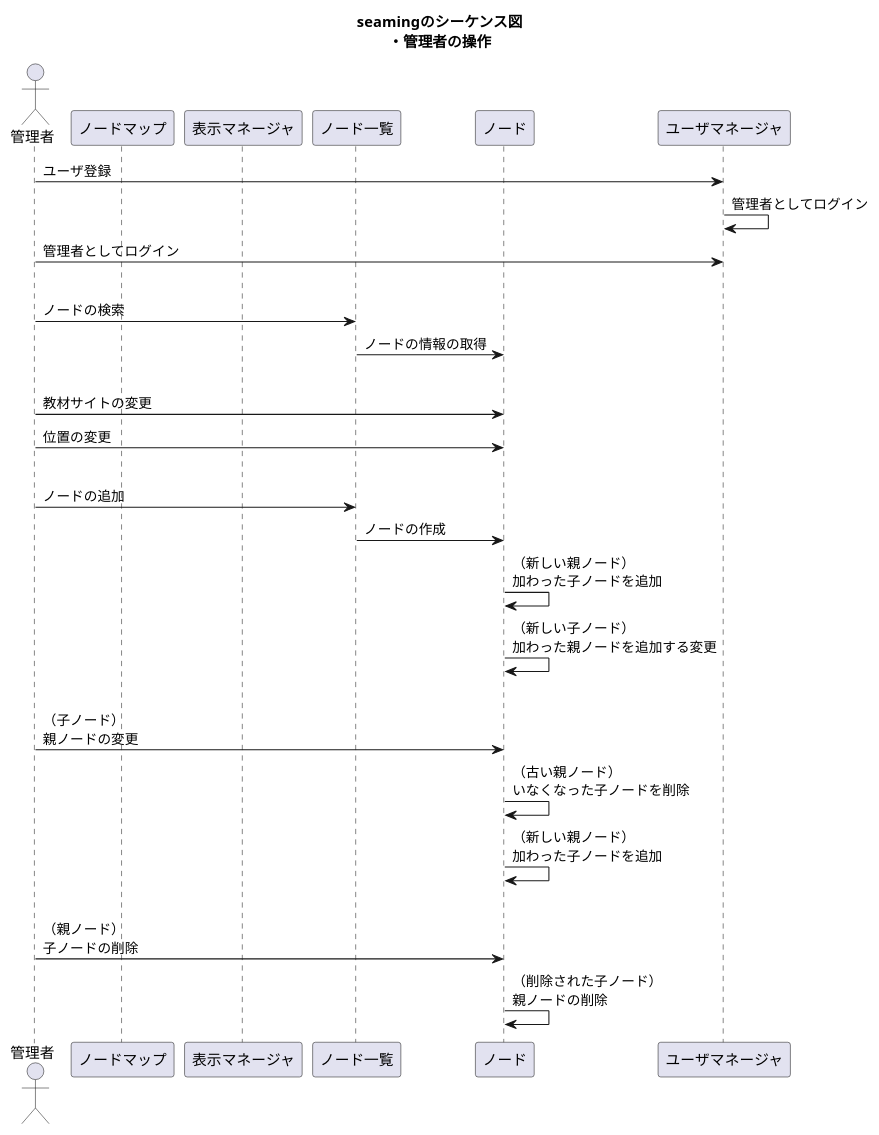
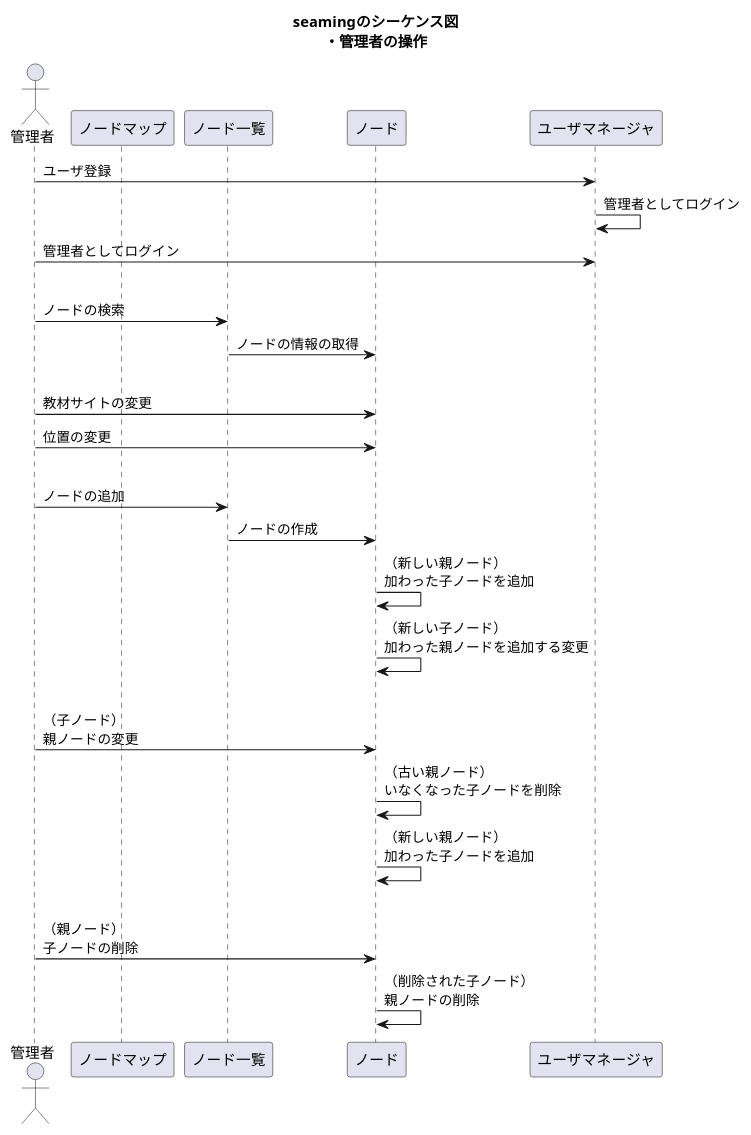
The diagram in docs/UML/sequence_supervisor.pu (PastaSoba/seaming), drawn with PlantUML before and after one commit. The commit also changed 2 other files, not shown here.

```diff
--- a/docs/UML/sequence_supervisor.pu
+++ b/docs/UML/sequence_supervisor.pu
@@ -1,38 +1,37 @@
 @startuml
 
 title seamingのシーケンス図\n・管理者の操作
 
 
 actor 管理者 
 
 participant 管理者 order 10
 participant ノードマップ order 20
-participant 表示マネージャ order 30
 participant ノード一覧 order 35
 participant ノード order 40
 participant ユーザマネージャ order 50
 
 管理者 -> ユーザマネージャ : ユーザ登録
 ユーザマネージャ -> ユーザマネージャ : 管理者としてログイン
 管理者 -> ユーザマネージャ : 管理者としてログイン
 |||
 管理者 -> ノード一覧 : ノードの検索
 ノード一覧 -> ノード : ノードの情報の取得
 |||
 管理者 -> ノード : 教材サイトの変更
 管理者 -> ノード : 位置の変更
 |||
 管理者 -> ノード一覧 : ノードの追加
 ノード一覧 -> ノード : ノードの作成
 ノード -> ノード : （新しい親ノード）\n加わった子ノードを追加
 ノード -> ノード : （新しい子ノード）\n加わった親ノードを追加する変更
 |||
 管理者 -> ノード : （子ノード）\n親ノードの変更
 ノード -> ノード : （古い親ノード）\nいなくなった子ノードを削除
 ノード -> ノード : （新しい親ノード）\n加わった子ノードを追加
 |||
 管理者 -> ノード : （親ノード）\n子ノードの削除
 ノード -> ノード : （削除された子ノード）\n親ノードの削除
 
 
 @enduml
```
